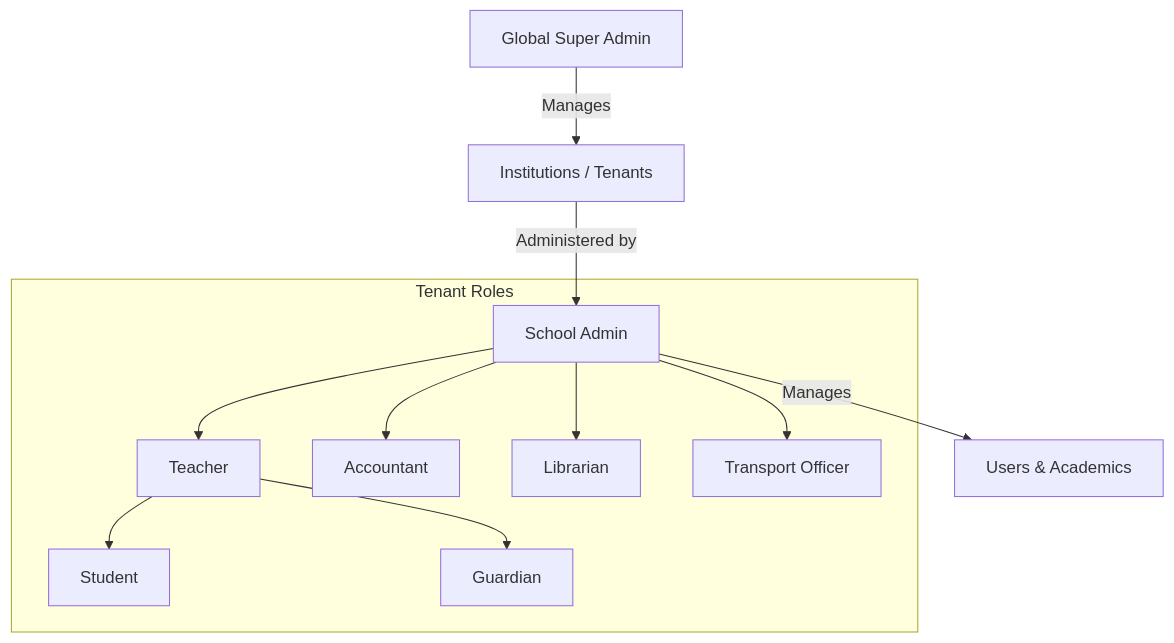
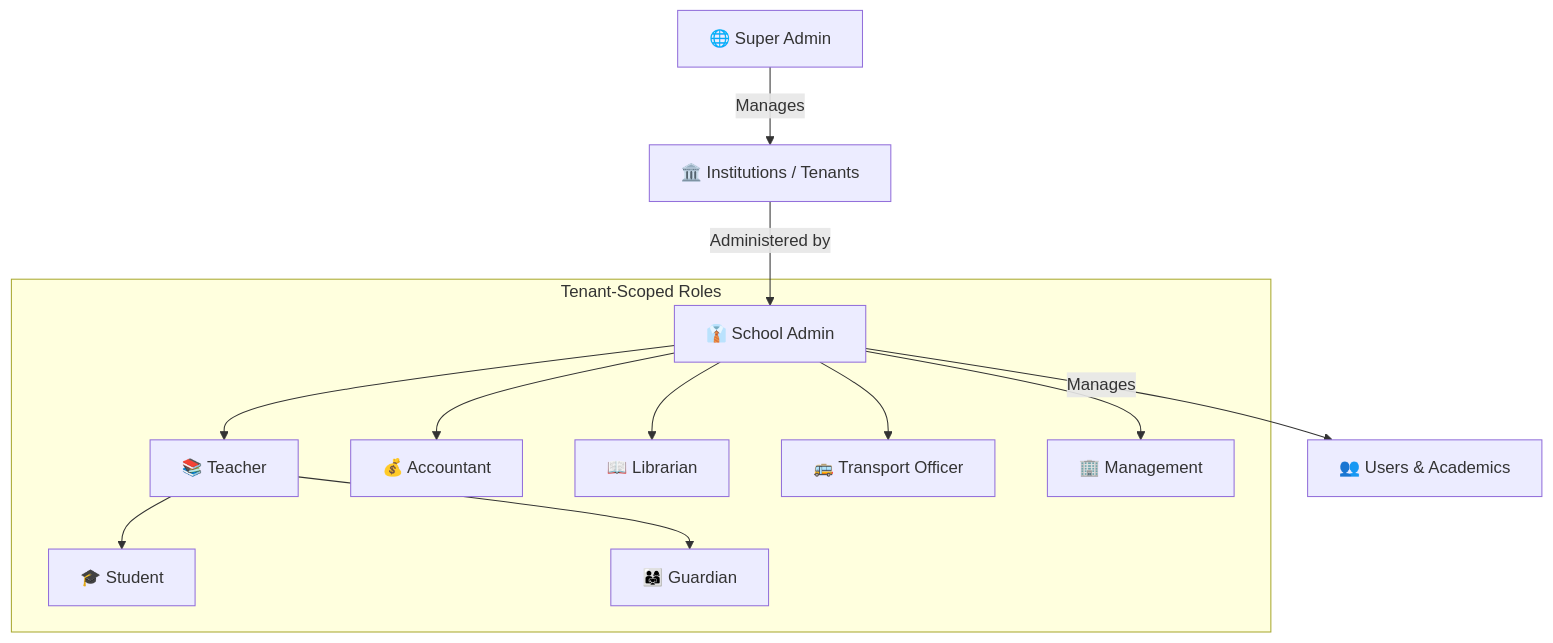
Diagram 11 of 12 in README.md (RafatAiub/PeopleIT-SMS-student-management-system-), drawn with Mermaid before and after one commit. The commit also changed other lines of this file, not shown here.

Commit message:
docs: complete README rewrite with full 31-model ERD, API overview, role matrix, and project explanation

````diff
--- a/README.md
+++ b/README.md
@@ -189,16 +646,16 @@
 ```mermaid
 graph TD
-    SuperAdmin[Global Super Admin] -->|Manages| Institutions[Institutions / Tenants]
-    Institutions -->|Administered by| SchoolAdmin[School Admin]
-    SchoolAdmin -->|Manages| Users[Users & Academics]
-    
-    subgraph Roles [Tenant Roles]
-        SchoolAdmin --> Teacher[Teacher]
-        SchoolAdmin --> Accountant[Accountant]
-        SchoolAdmin --> Librarian[Librarian]
-        SchoolAdmin --> Transport[Transport Officer]
-        
-        Teacher --> Student[Student]
-        Teacher --> Guardian[Guardian]
+    SuperAdmin["🌐 Super Admin"] -->|Manages| Institutions["🏛️ Institutions / Tenants"]
+    Institutions -->|Administered by| SchoolAdmin["👔 School Admin"]
+    SchoolAdmin -->|Manages| Users["👥 Users & Academics"]
+
+    subgraph TenantRoles ["Tenant-Scoped Roles"]
+        SchoolAdmin --> Teacher["📚 Teacher"]
+        SchoolAdmin --> Accountant["💰 Accountant"]
+        SchoolAdmin --> Librarian["📖 Librarian"]
+        SchoolAdmin --> Transport["🚌 Transport Officer"]
+        SchoolAdmin --> Management["🏢 Management"]
+        Teacher --> Student["🎓 Student"]
+        Teacher --> Guardian["👨‍👩‍👧 Guardian"]
     end
 ```
````
